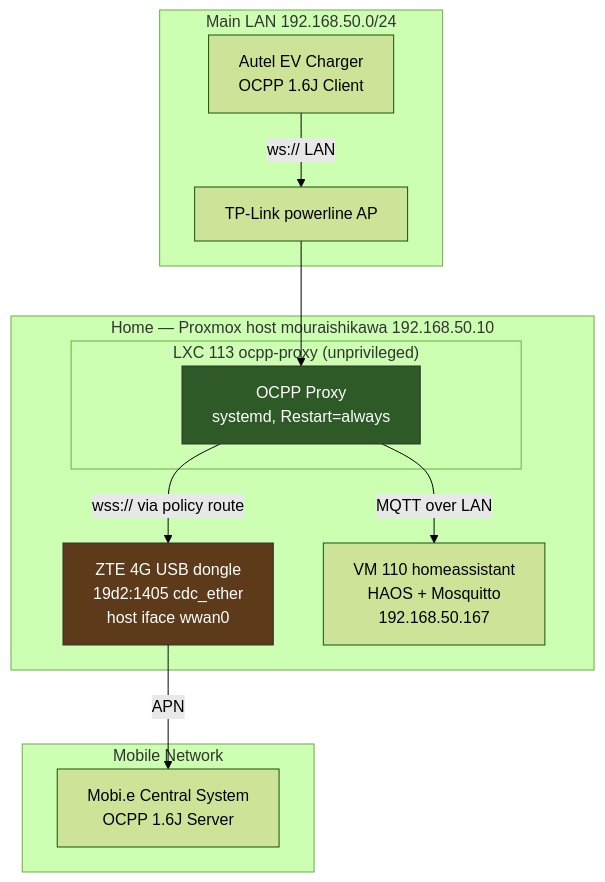
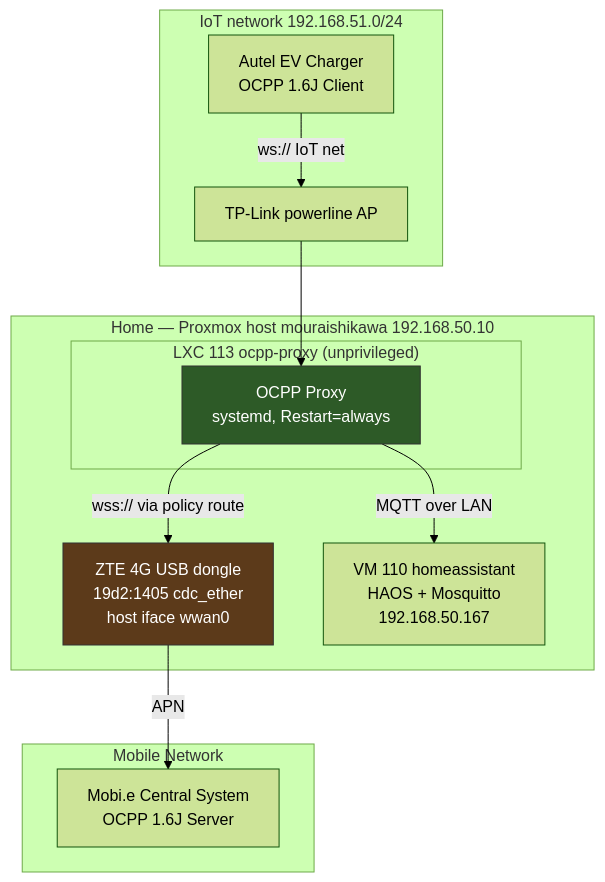
Before and after one commit to damasiormoura/ocpp-proxy: the first of 4 diagrams in .kiro/specs/ocpp-proxy-ha-integration/design.md, drawn with Mermaid (forest theme). The commit also changed other lines of this file and 6 other files, not shown here.

````diff
--- a/.kiro/specs/ocpp-proxy-ha-integration/design.md
+++ b/.kiro/specs/ocpp-proxy-ha-integration/design.md
@@ -35,28 +35,28 @@
 ```mermaid
 graph TB
     subgraph Mobile["Mobile Network"]
         CentralSystem["Mobi.e Central System<br/>OCPP 1.6J Server"]
     end
 
     subgraph Home["Home — Proxmox host mouraishikawa 192.168.50.10"]
         Dongle["ZTE 4G USB dongle<br/>19d2:1405 cdc_ether<br/>host iface wwan0"]
         subgraph LXC["LXC 113 ocpp-proxy (unprivileged)"]
             Proxy["OCPP Proxy<br/>systemd, Restart=always"]
         end
         HA["VM 110 homeassistant<br/>HAOS + Mosquitto<br/>192.168.50.167"]
     end
 
-    subgraph LAN["Main LAN 192.168.50.0/24"]
+    subgraph LAN["IoT network 192.168.51.0/24"]
         Powerline["TP-Link powerline AP"]
         Charger["Autel EV Charger<br/>OCPP 1.6J Client"]
     end
 
-    Charger -->|"ws:// LAN"| Powerline
+    Charger -->|"ws:// IoT net"| Powerline
     Powerline --> Proxy
     Proxy -->|"wss:// via policy route"| Dongle
     Dongle -->|"APN"| CentralSystem
     Proxy -->|"MQTT over LAN"| HA
 
     style Proxy fill:#2d5a27,stroke:#333,color:#fff
     style Dongle fill:#5c3a1a,stroke:#333,color:#fff
 ```
````
